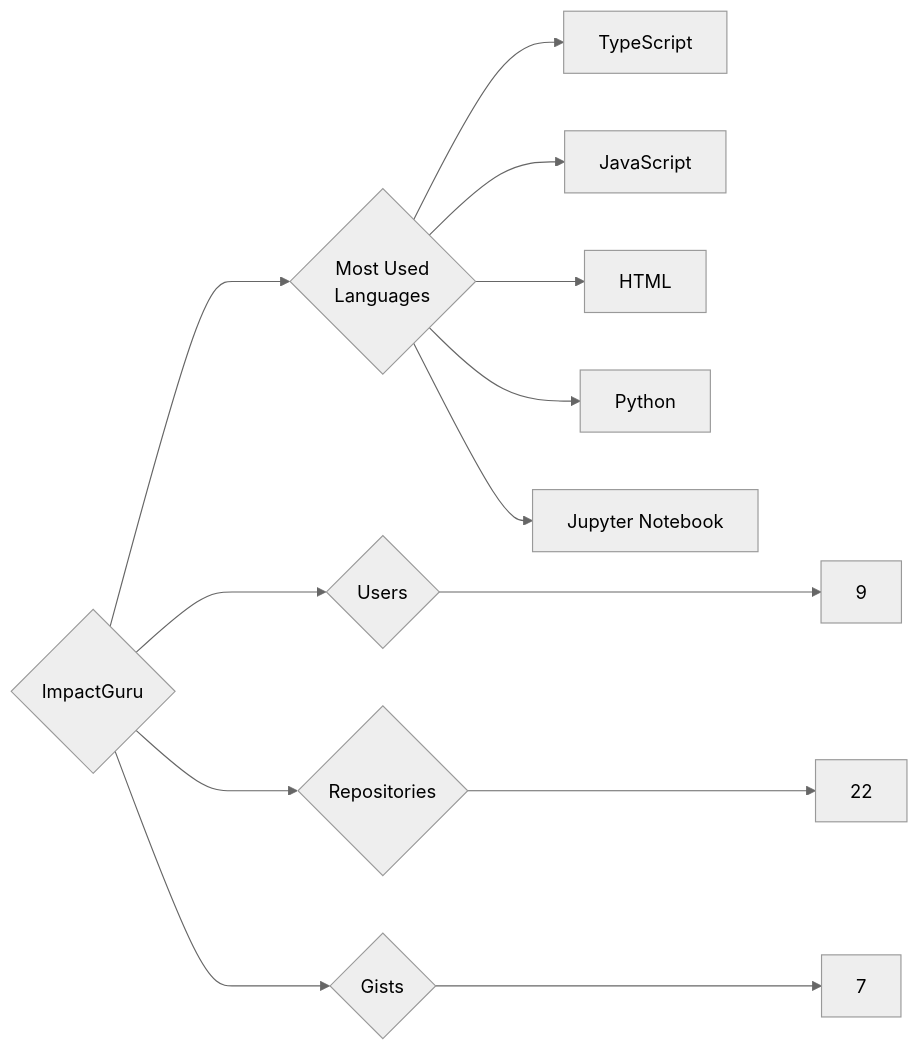
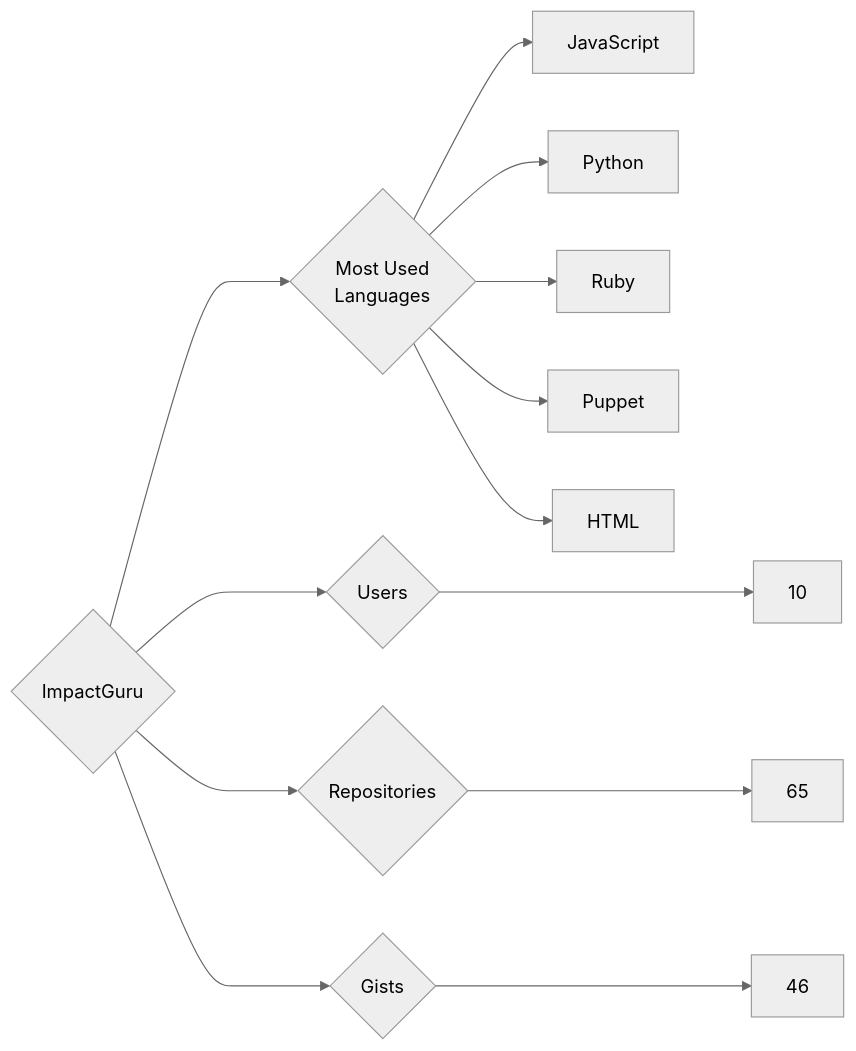
The diagram in targets/ImpactGuru/README.md (trickest/insiders), drawn with Mermaid (neutral theme) before and after one commit. The commit also changed 611 other files, not shown here.

````diff
--- a/targets/ImpactGuru/README.md
+++ b/targets/ImpactGuru/README.md
@@ -3,13 +3,13 @@
 ```mermaid
 graph LR
 COMPANY_NAME{ImpactGuru}
-COMPANY_NAME ---> U{Users} ---> UN[9]
-COMPANY_NAME ---> R{Repositories} ---> RN[22]
-COMPANY_NAME ---> G{Gists} ---> GN[7]
+COMPANY_NAME ---> U{Users} ---> UN[10]
+COMPANY_NAME ---> R{Repositories} ---> RN[65]
+COMPANY_NAME ---> G{Gists} ---> GN[46]
 COMPANY_NAME ---> ML{Most Used<br>Languages}
-ML --> TypeScript[TypeScript]
 ML --> JavaScript[JavaScript]
+ML --> Python[Python]
+ML --> Ruby[Ruby]
+ML --> Puppet[Puppet]
 ML --> HTML[HTML]
-ML --> Python[Python]
-ML --> Jupyter_Notebook[Jupyter Notebook]
 ```
````
